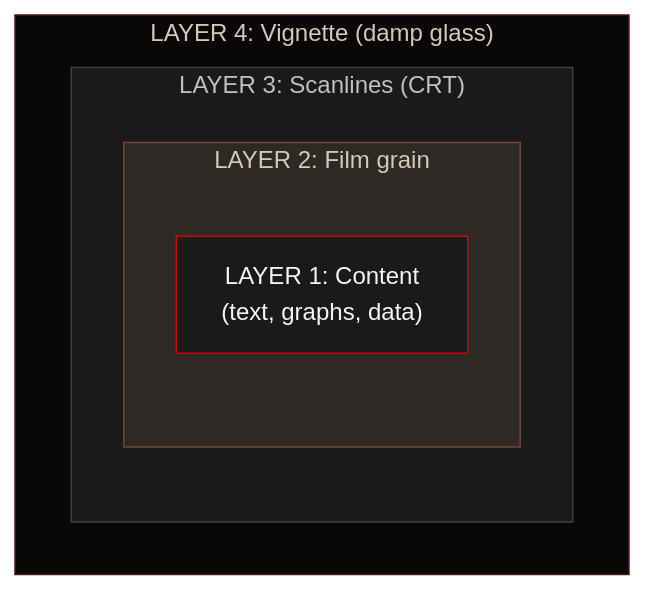
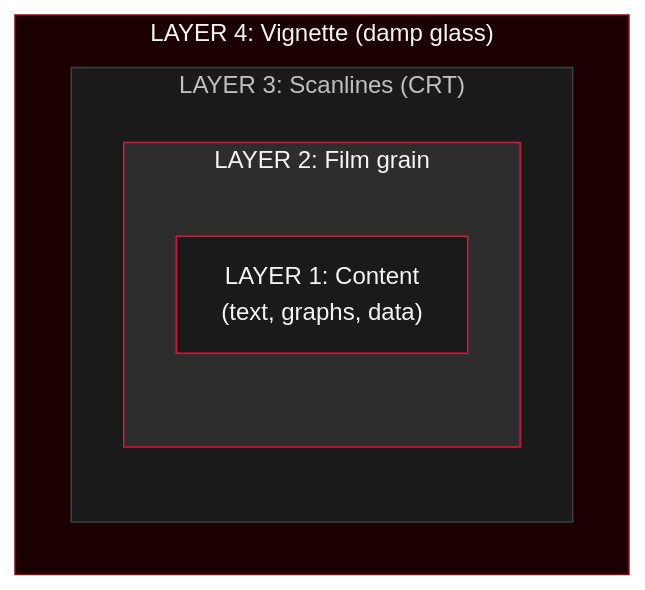
The first of 2 diagrams in docs/concepts/aesthetics.rst (percy-raskova/babylon), drawn with Mermaid before and after one commit. The commit also changed other lines of this file and 7 other files, not shown here.

First line of the commit message:
style(docs): replace Necropolis Codex theme with Luxe Gothic palette

```diff
--- a/docs/concepts/aesthetics.rst
+++ b/docs/concepts/aesthetics.rst
@@ -201,16 +208,16 @@
 .. mermaid::
 
    flowchart TB
        subgraph L4["LAYER 4: Vignette (damp glass)"]
            subgraph L3["LAYER 3: Scanlines (CRT)"]
                subgraph L2["LAYER 2: Film grain"]
                    L1["LAYER 1: Content<br/>(text, graphs, data)"]
                end
            end
        end
 
-   %% Necropolis Codex styling - layers from outer to inner
-   style L4 fill:#0A0707,stroke:#4A1818,color:#D4C9B8
+   %% Luxe Gothic styling - layers from outer to inner
+   style L4 fill:#1A0000,stroke:#8B0A1A,color:#F7F5F3
    style L3 fill:#1A1A1A,stroke:#404040,color:#C0C0C0
-   style L2 fill:#2D2A26,stroke:#6B4A3A,color:#D4C9B8
-   style L1 fill:#1A1A1A,stroke:#D40000,color:#F5F5F5
+   style L2 fill:#2D2D2D,stroke:#DC143C,color:#F7F5F3
+   style L1 fill:#1A1A1A,stroke:#DC143C,color:#F5F5F5
```
